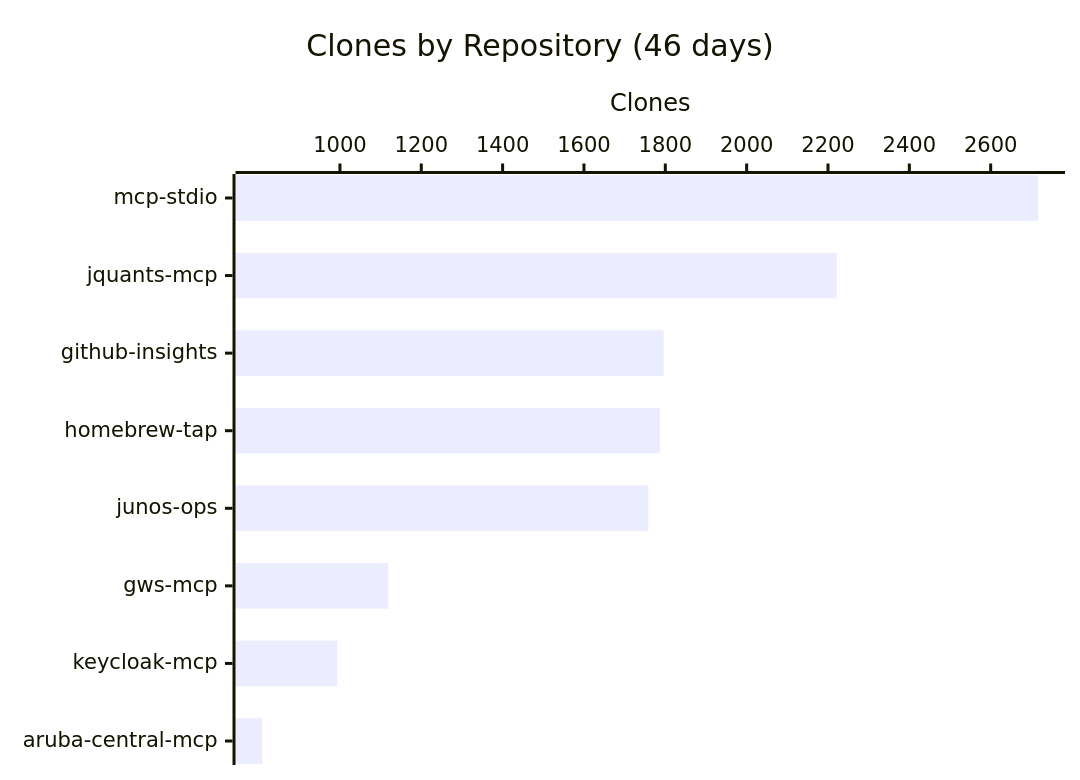
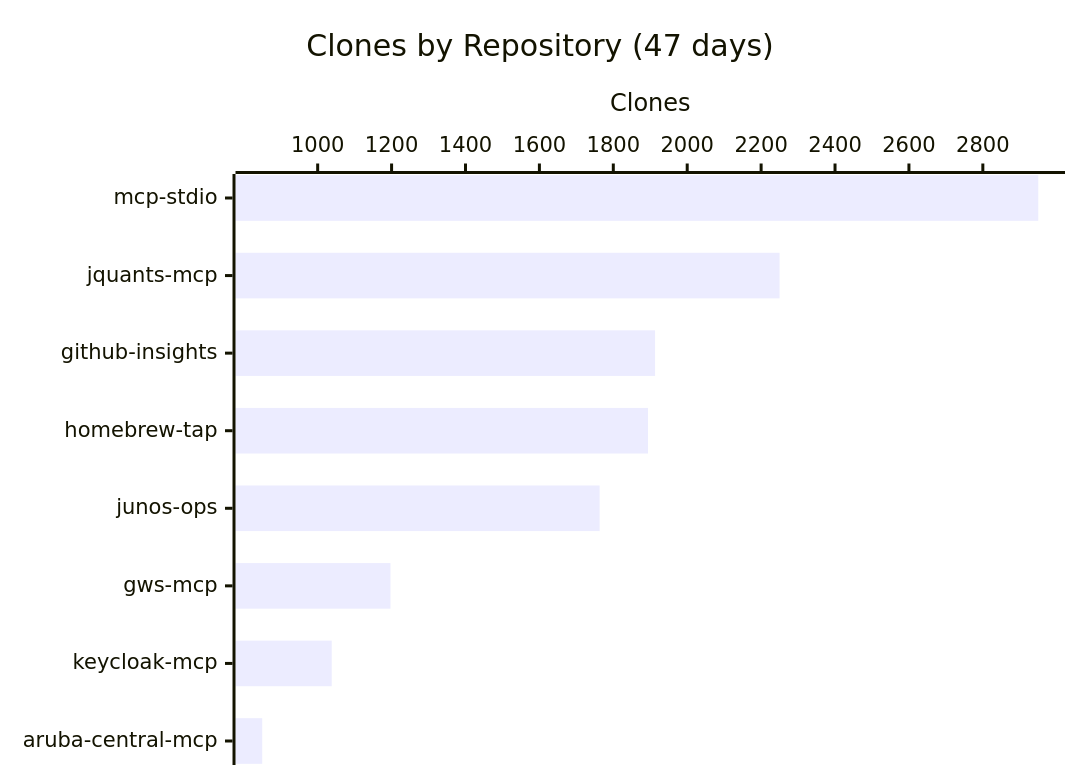
One commit to shigechika/github-insights changed the third of 3 diagrams in README.md. Above: the diagram before and after it, drawn with Mermaid. The commit also changed other lines of this file and 2 other files, not shown here.

````diff
--- a/README.md
+++ b/README.md
@@ -38,7 +38,7 @@
 ```mermaid
 xychart-beta horizontal
-    title "Clones by Repository (46 days)"
+    title "Clones by Repository (47 days)"
     x-axis ["mcp-stdio", "jquants-mcp", "github-insights", "homebrew-tap", "junos-ops", "gws-mcp", "keycloak-mcp", "aruba-central-mcp"]
     y-axis "Clones"
-    bar [2717, 2221, 1796, 1787, 1758, 1119, 993, 809]
+    bar [2950, 2250, 1913, 1894, 1763, 1197, 1038, 850]
 ```
````
